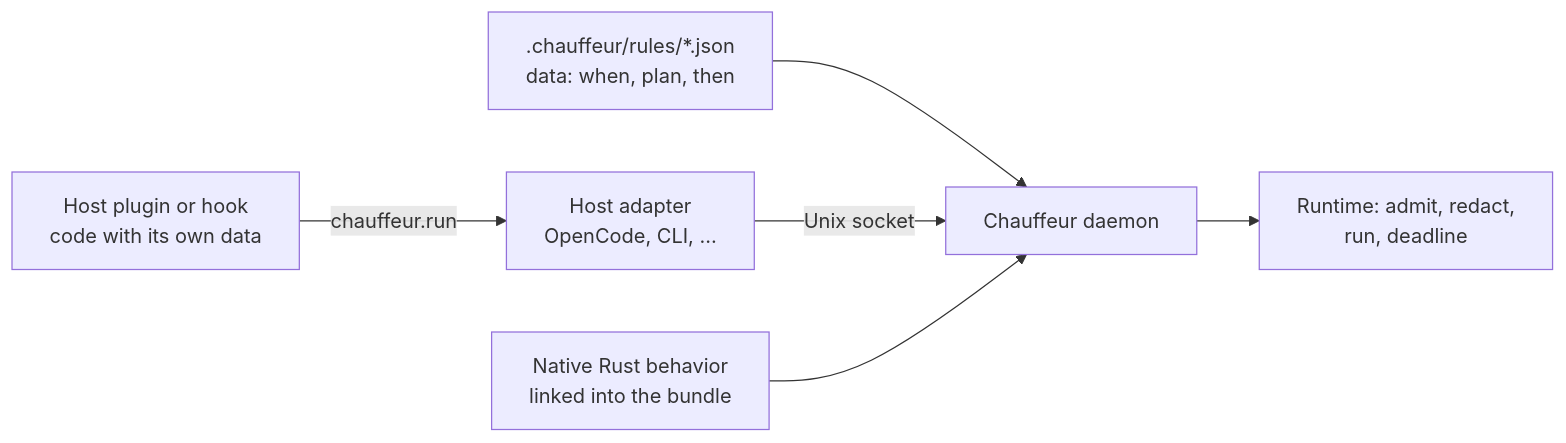
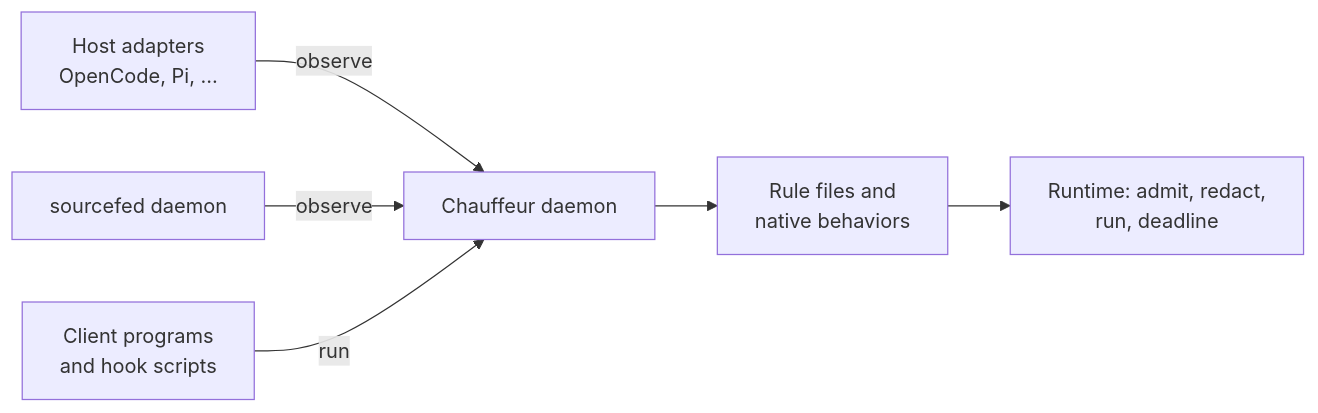
One commit to StevenJPx2/chauffeur changed the fourth of 6 diagrams in docs/plans/pluggability.md. Above: the diagram before and after it, drawn with Mermaid. The commit also changed other lines of this file and 1 other file, not shown here.

First line of the commit message:
docs(plans): what is a rule, a behavior, a client and an adapter

````diff
--- a/docs/plans/pluggability.md
+++ b/docs/plans/pluggability.md
@@ -120,8 +138,8 @@
 ```mermaid
 flowchart LR
-    Rules[".chauffeur/rules/*.json<br/>data: when, plan, then"] --> Daemon
-    Plugin["Host plugin or hook<br/>code with its own data"] -- "chauffeur.run" --> Adapter["Host adapter<br/>OpenCode, CLI, …"]
-    Adapter -- "Unix socket" --> Daemon["Chauffeur daemon"]
-    Native["Native Rust behavior<br/>linked into the bundle"] --> Daemon
-    Daemon --> Runtime["Runtime: admit, redact,<br/>run, deadline"]
+    Adapters["Host adapters<br/>OpenCode, Pi, …"] -- "observe" --> Daemon["Chauffeur daemon"]
+    Sourcefed["sourcefed daemon"] -- "observe" --> Daemon
+    Programs["Client programs<br/>and hook scripts"] -- "run" --> Daemon
+    Daemon --> Rules["Rule files and<br/>native behaviors"]
+    Rules --> Runtime["Runtime: admit, redact,<br/>run, deadline"]
 ```
````
